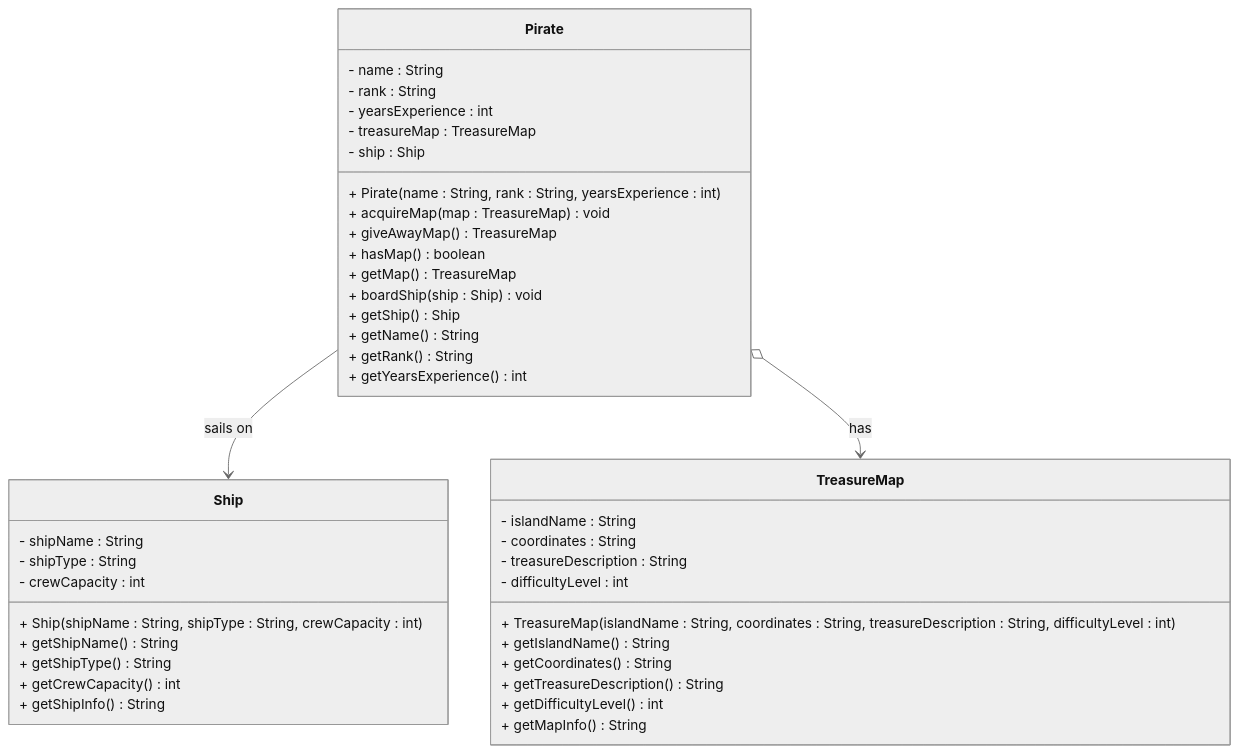
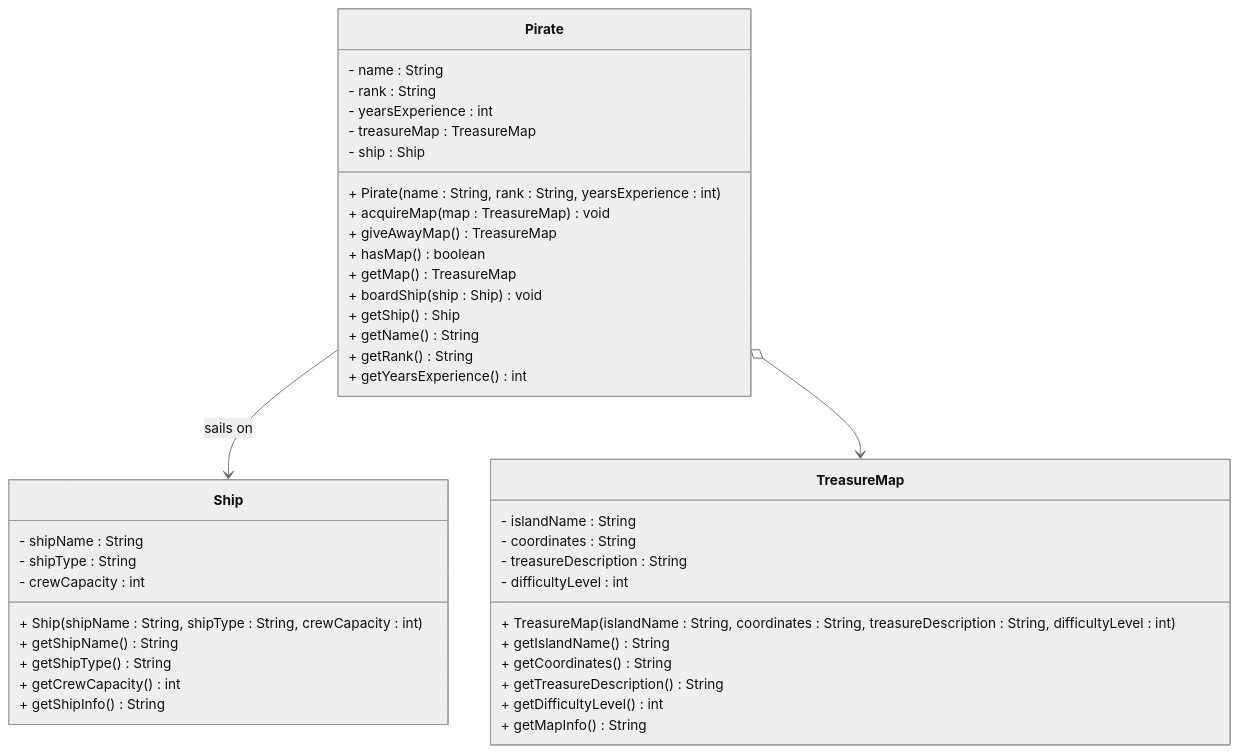
One commit to TroelsMortensen/Codelabs2 changed the second of 3 diagrams in Articles/Session 11 - Relationships intro/016 Exercises 5 - Pirate.md. Above: the diagram before and after it, drawn with Mermaid (neutral theme). The commit also changed other lines of this file and 3 other files, not shown here.

````diff
--- a/Articles/Session 11 - Relationships intro/016 Exercises 5 - Pirate.md
+++ b/Articles/Session 11 - Relationships intro/016 Exercises 5 - Pirate.md
@@ -105,47 +105,47 @@
 ```mermaid
 classDiagram
     class Pirate {
         - name : String
         - rank : String
         - yearsExperience : int
         - treasureMap : TreasureMap
         - ship : Ship
         + Pirate(name : String, rank : String, yearsExperience : int)
         + acquireMap(map : TreasureMap) void
         + giveAwayMap() TreasureMap
         + hasMap() boolean
         + getMap() TreasureMap
         + boardShip(ship : Ship) void
         + getShip() Ship
         + getName() String
         + getRank() String
         + getYearsExperience() int
     }
     
     class Ship {
         - shipName : String
         - shipType : String
         - crewCapacity : int
         + Ship(shipName : String, shipType : String, crewCapacity : int)
         + getShipName() String
         + getShipType() String
         + getCrewCapacity() int
         + getShipInfo() String
     }
     
     class TreasureMap {
         - islandName : String
         - coordinates : String
         - treasureDescription : String
         - difficultyLevel : int
         + TreasureMap(islandName : String, coordinates : String, treasureDescription : String, difficultyLevel : int)
         + getIslandName() String
         + getCoordinates() String
         + getTreasureDescription() String
         + getDifficultyLevel() int
         + getMapInfo() String
     }
     
     Pirate --> Ship : sails on
-    Pirate o--> TreasureMap : has
+    Pirate o--> TreasureMap 
 ```
````
